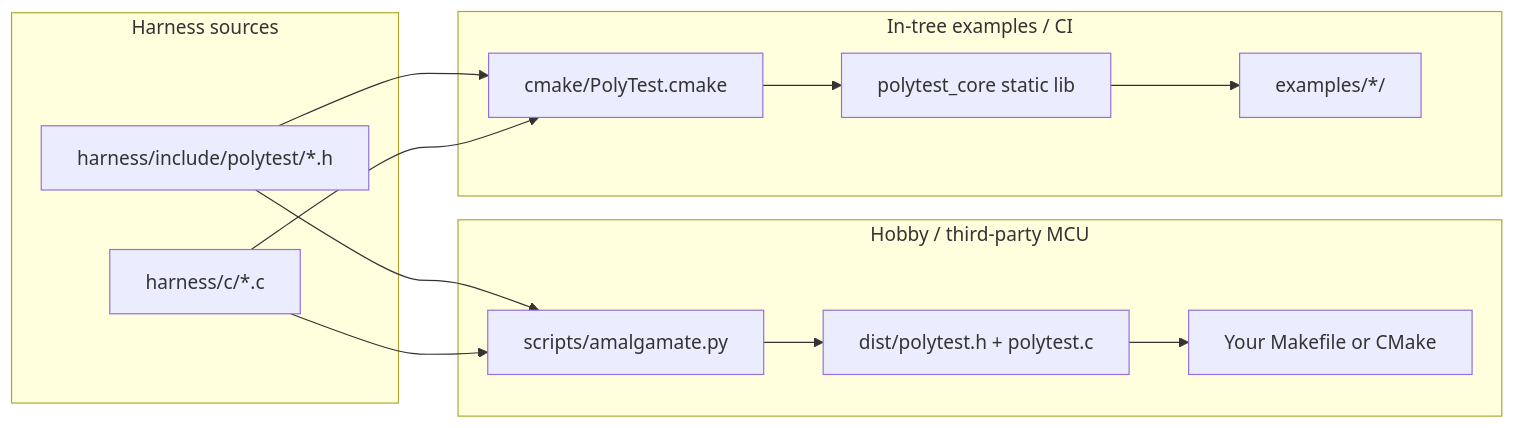
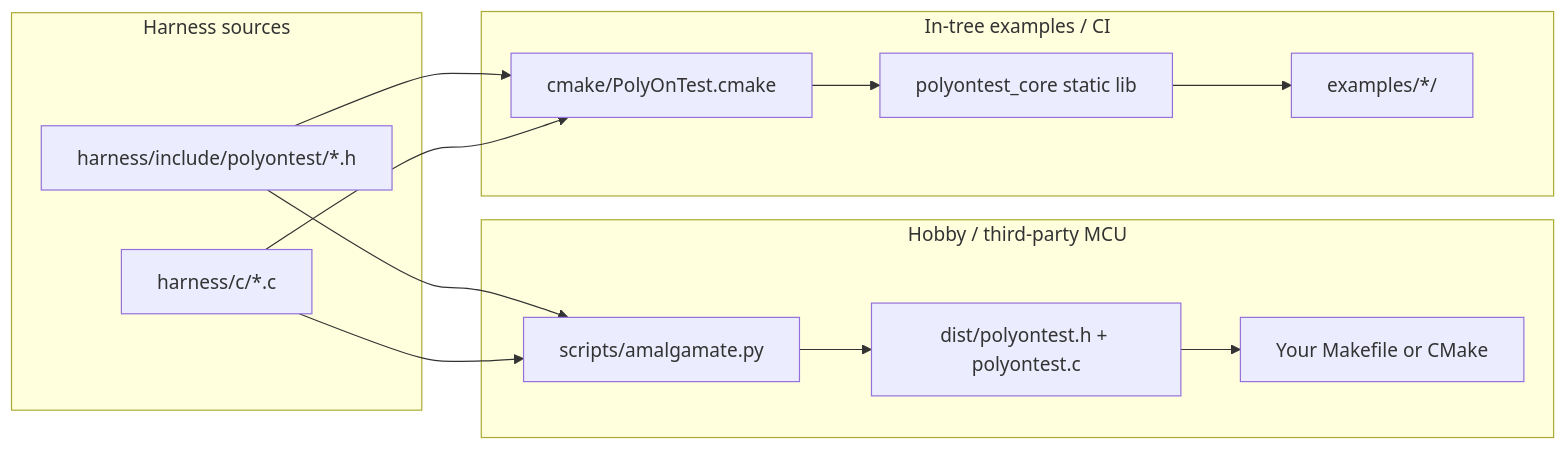
The second of 4 diagrams in docs/concepts.md (malto101/Open-PolyTest-Framework), drawn with Mermaid before and after one commit. The commit also changed other lines of this file and 93 other files, not shown here.

Commit message:
rename it from PolyTest to PolyOnTest

````diff
--- a/docs/concepts.md
+++ b/docs/concepts.md
@@ -52,25 +52,25 @@
 ```mermaid
 flowchart LR
   subgraph sources [Harness sources]
-    hdr["harness/include/polytest/*.h"]
+    hdr["harness/include/polyontest/*.h"]
     src["harness/c/*.c"]
   end
   subgraph amalgamPath [Hobby / third-party MCU]
     script["scripts/amalgamate.py"]
-    dist["dist/polytest.h + polytest.c"]
+    dist["dist/polyontest.h + polyontest.c"]
     userMake[Your Makefile or CMake]
   end
   subgraph modularPath [In-tree examples / CI]
-    cmake["cmake/PolyTest.cmake"]
-    lib[polytest_core static lib]
+    cmake["cmake/PolyOnTest.cmake"]
+    lib[polyontest_core static lib]
     examples[examples/*/]
   end
   hdr --> script
   src --> script
   script --> dist
   dist --> userMake
   hdr --> cmake
   src --> cmake
   cmake --> lib
   lib --> examples
 ```
````
